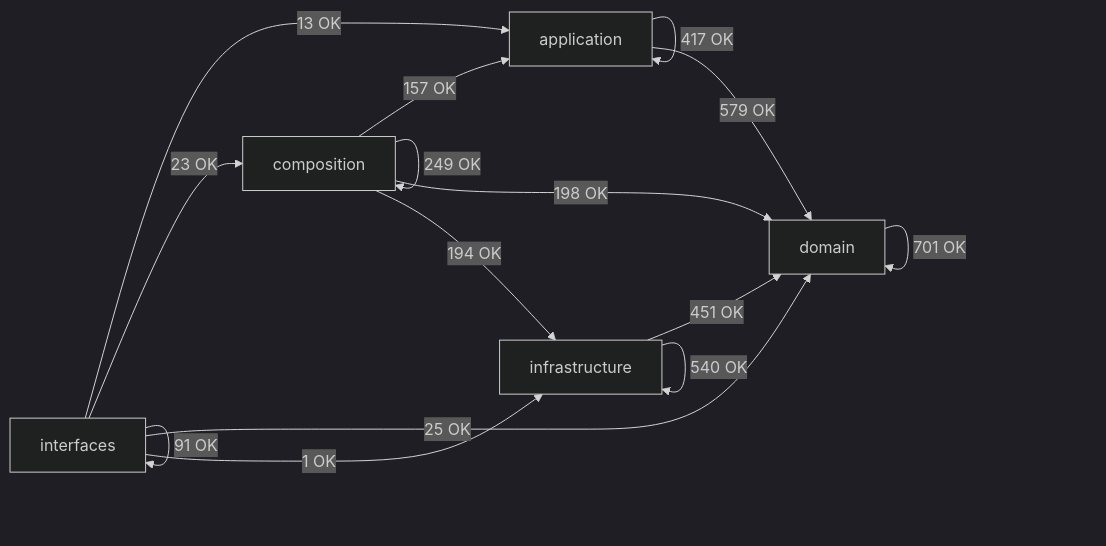
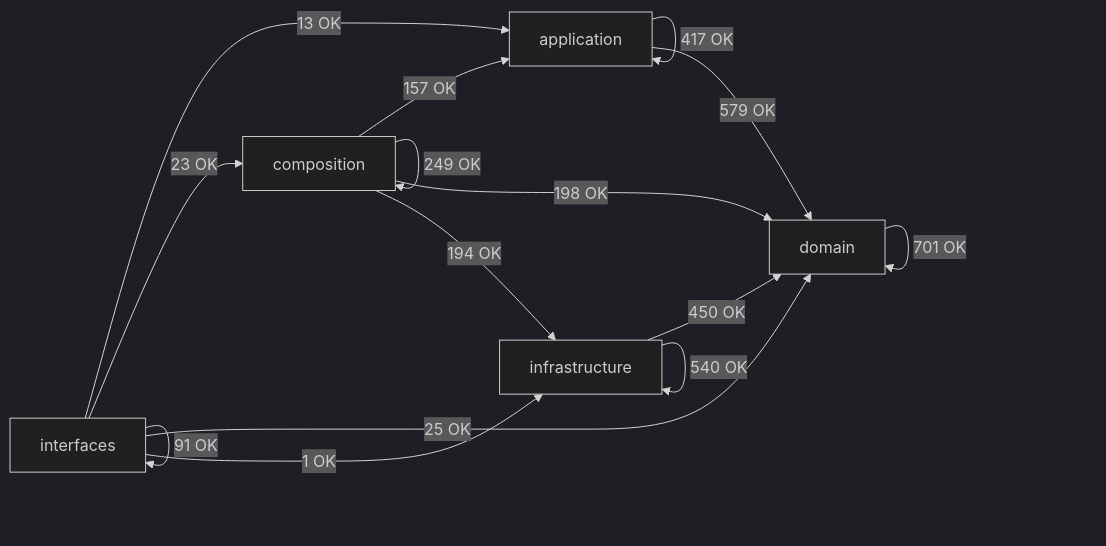
The diagram in docs/02-architecture/generated/module-dependency-map.md (SatoryKono/BioactivityDataAcquisition), drawn with Mermaid (dark theme) before and after one commit. The commit also changed other lines of this file and 240 other files, not shown here.

````diff
--- a/docs/02-architecture/generated/module-dependency-map.md
+++ b/docs/02-architecture/generated/module-dependency-map.md
@@ -15,22 +15,22 @@
 ```mermaid
 flowchart LR
     domain[domain]
     application[application]
     infrastructure[infrastructure]
     composition[composition]
     interfaces[interfaces]
     application -->|417 OK| application
     application -->|579 OK| domain
     composition -->|157 OK| application
     composition -->|249 OK| composition
     composition -->|198 OK| domain
     composition -->|194 OK| infrastructure
     domain -->|701 OK| domain
-    infrastructure -->|451 OK| domain
+    infrastructure -->|450 OK| domain
     infrastructure -->|540 OK| infrastructure
     interfaces -->|13 OK| application
     interfaces -->|23 OK| composition
     interfaces -->|25 OK| domain
     interfaces -->|1 OK| infrastructure
     interfaces -->|91 OK| interfaces
 ```
````
